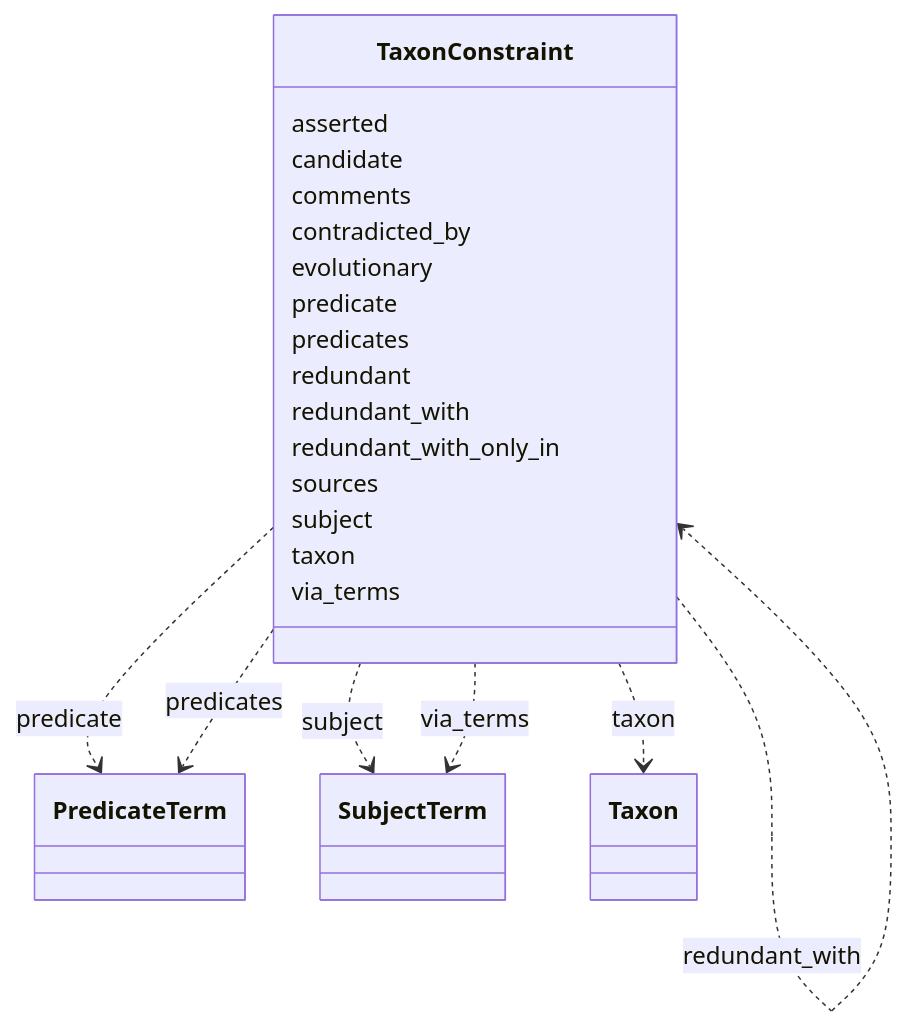
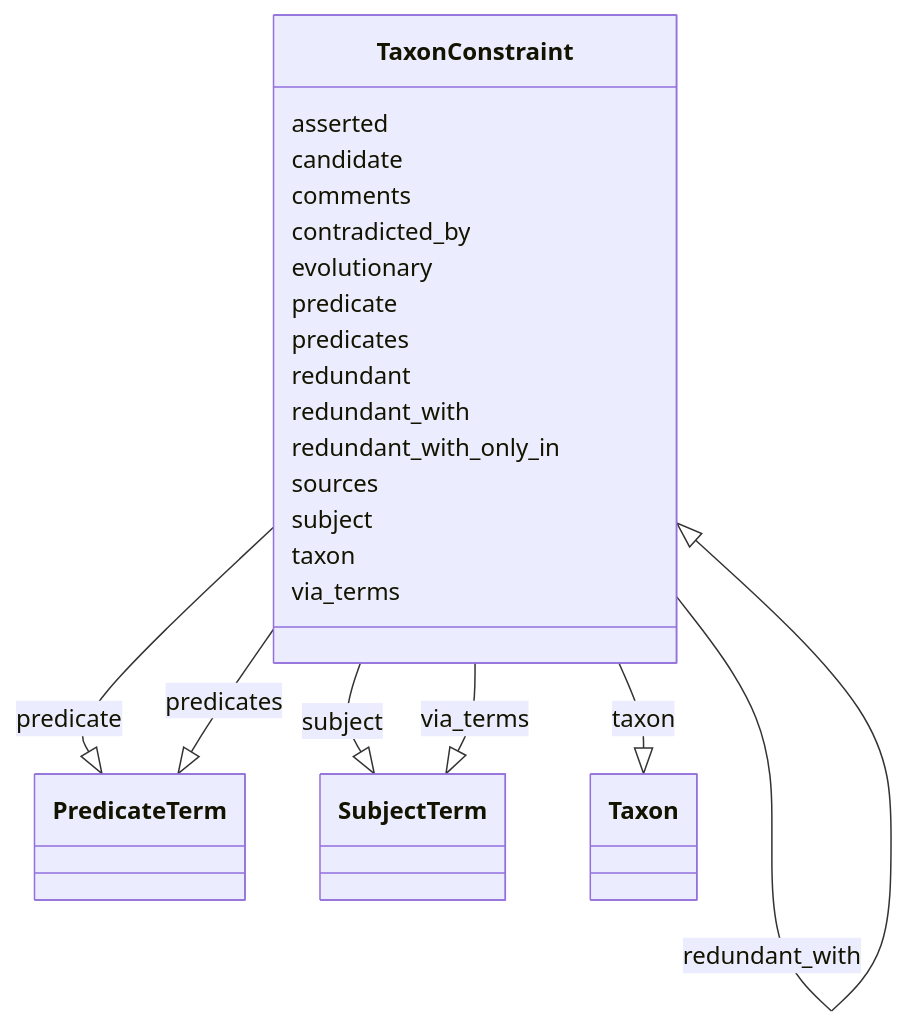
The diagram in taxon-constraints/TaxonConstraint.md (INCATools/ontology-access-kit), drawn with Mermaid before and after one commit. The commit also changed other lines of this file and 3011 other files, not shown here.

````diff
--- a/taxon-constraints/TaxonConstraint.md
+++ b/taxon-constraints/TaxonConstraint.md
@@ -11,47 +14,47 @@
 ```{mermaid}
  classDiagram
     class TaxonConstraint
       TaxonConstraint : asserted
         
       TaxonConstraint : candidate
         
       TaxonConstraint : comments
         
       TaxonConstraint : contradicted_by
         
-          TaxonConstraint ..> TaxonConstraint : contradicted_by
+          TaxonConstraint --|> TaxonConstraint : contradicted_by
         
       TaxonConstraint : evolutionary
         
       TaxonConstraint : predicate
         
-          TaxonConstraint ..> PredicateTerm : predicate
+          TaxonConstraint --|> PredicateTerm : predicate
         
       TaxonConstraint : predicates
         
-          TaxonConstraint ..> PredicateTerm : predicates
+          TaxonConstraint --|> PredicateTerm : predicates
         
       TaxonConstraint : redundant
         
       TaxonConstraint : redundant_with
         
-          TaxonConstraint ..> TaxonConstraint : redundant_with
+          TaxonConstraint --|> TaxonConstraint : redundant_with
         
       TaxonConstraint : redundant_with_only_in
         
       TaxonConstraint : sources
         
       TaxonConstraint : subject
         
-          TaxonConstraint ..> SubjectTerm : subject
+          TaxonConstraint --|> SubjectTerm : subject
         
       TaxonConstraint : taxon
         
-          TaxonConstraint ..> Taxon : taxon
+          TaxonConstraint --|> Taxon : taxon
         
       TaxonConstraint : via_terms
         
-          TaxonConstraint ..> SubjectTerm : via_terms
+          TaxonConstraint --|> SubjectTerm : via_terms
         
       
 ```
````
